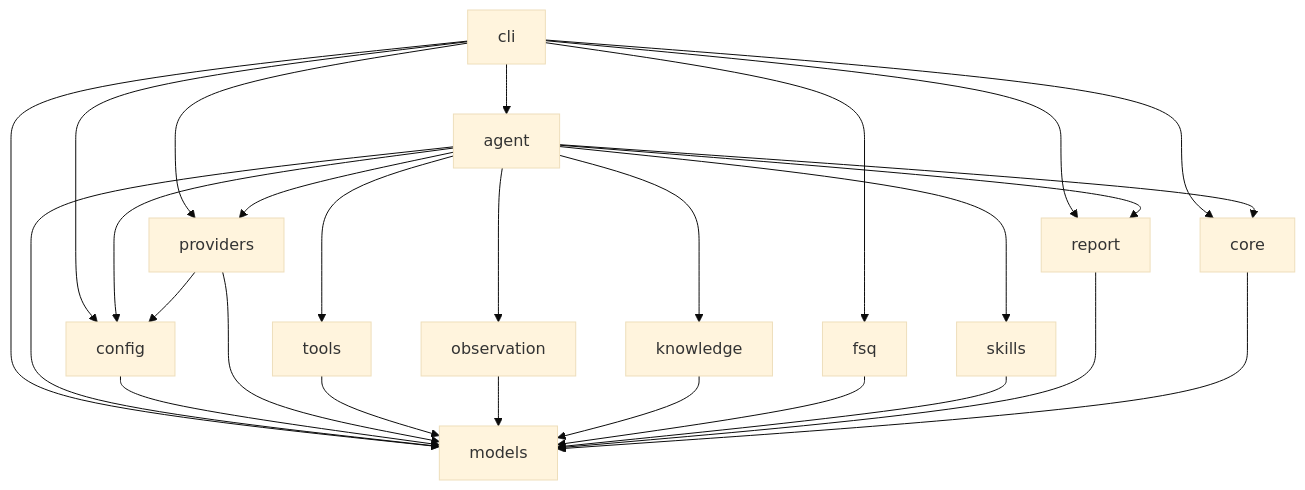
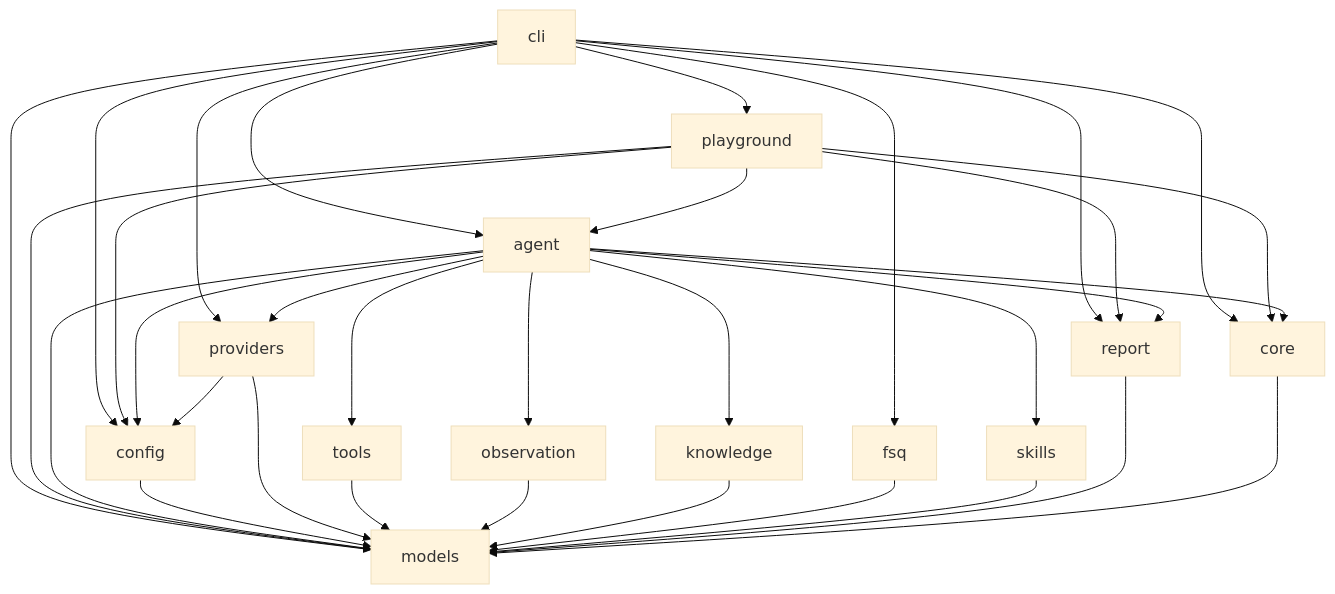
The diagram in SPEC.md (FSQ-lab/FSQ-Agent), drawn with Mermaid (base theme) before and after one commit. The commit also changed other lines of this file and 16 other files, not shown here.

````diff
--- a/SPEC.md
+++ b/SPEC.md
@@ -53,29 +54,35 @@
 ```mermaid
 flowchart TD
     CLI[cli] --> Agent[agent]
     CLI --> Core[core]
     CLI --> FSQ[fsq]
     CLI --> Config[config]
     CLI --> Providers[providers]
     CLI --> Models[models]
     CLI --> Report[report]
+    CLI --> Playground[playground]
+    Playground --> Agent
+    Playground --> Core
+    Playground --> Config
+    Playground --> Models
+    Playground --> Report
     Agent --> Core[core]
     Agent --> Config[config]
     Agent --> Providers[providers]
     Agent --> Models[models]
     Agent --> Tools[tools]
     Agent --> Observation[observation]
     Agent --> Knowledge[knowledge]
     Agent --> Skills[skills]
     Agent --> Report[report]
     Config --> Models
     Providers --> Config
     Providers --> Models
     Tools --> Models
     Observation --> Models
     Knowledge --> Models
     FSQ --> Models
     Skills --> Models
     Report --> Models
     Core --> Models
 ```
````
